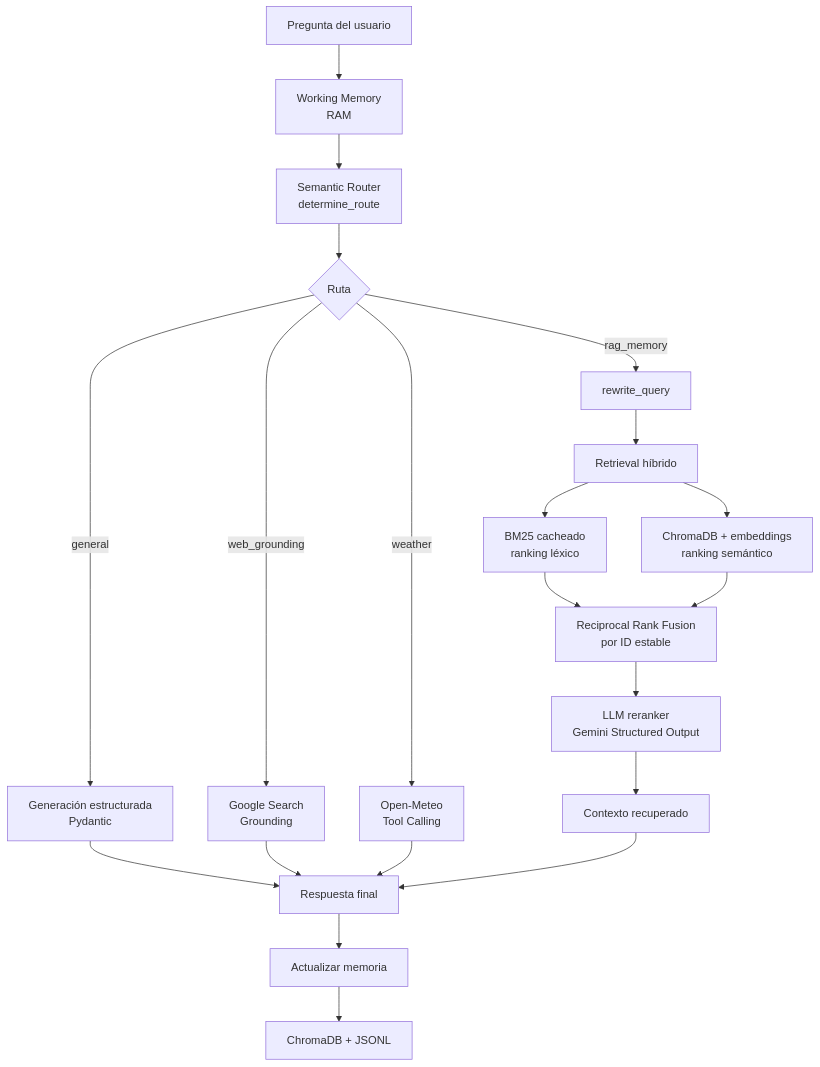
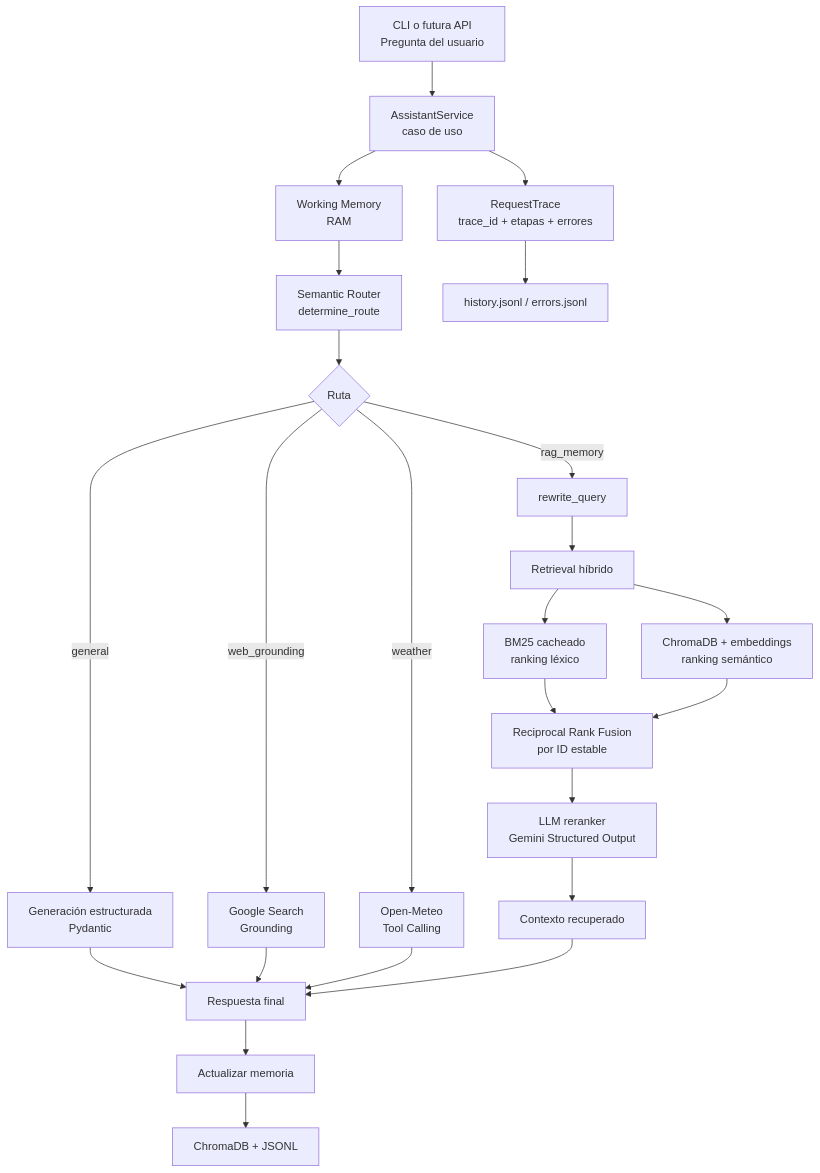
One commit to misikss/llm-cli changed the first of 2 diagrams in docs/architecture.md. Above: the diagram before and after it, drawn with Mermaid. The commit also changed other lines of this file and 13 other files, not shown here.

Commit message:
Separate assistant service and add request observability

````diff
--- a/docs/architecture.md
+++ b/docs/architecture.md
@@ -5,26 +5,29 @@
 ```mermaid
 flowchart TD
-    UserQuery["Pregunta del usuario"] --> WorkingMemory["Working Memory<br/>RAM"]
+    UserQuery["CLI o futura API<br/>Pregunta del usuario"] --> Service["AssistantService<br/>caso de uso"]
+    Service --> WorkingMemory["Working Memory<br/>RAM"]
     WorkingMemory --> Router["Semantic Router<br/>determine_route"]
     Router --> Decision{"Ruta"}
 
     Decision -->|general| Direct["Generación estructurada<br/>Pydantic"]
     Decision -->|web_grounding| Grounding["Google Search<br/>Grounding"]
     Decision -->|weather| Weather["Open-Meteo<br/>Tool Calling"]
     Decision -->|rag_memory| QueryEngineering["rewrite_query"]
 
     QueryEngineering --> Retrieval["Retrieval híbrido"]
     Retrieval --> BM25["BM25 cacheado<br/>ranking léxico"]
     Retrieval --> Vector["ChromaDB + embeddings<br/>ranking semántico"]
     BM25 --> RRF["Reciprocal Rank Fusion<br/>por ID estable"]
     Vector --> RRF
     RRF --> Reranker["LLM reranker<br/>Gemini Structured Output"]
     Reranker --> Final["Contexto recuperado"]
 
     Direct --> Answer["Respuesta final"]
     Grounding --> Answer
     Weather --> Answer
     Final --> Answer
     Answer --> Update["Actualizar memoria"]
     Update --> Persist["ChromaDB + JSONL"]
+    Service --> Trace["RequestTrace<br/>trace_id + etapas + errores"]
+    Trace --> History["history.jsonl / errors.jsonl"]
 ```
````
